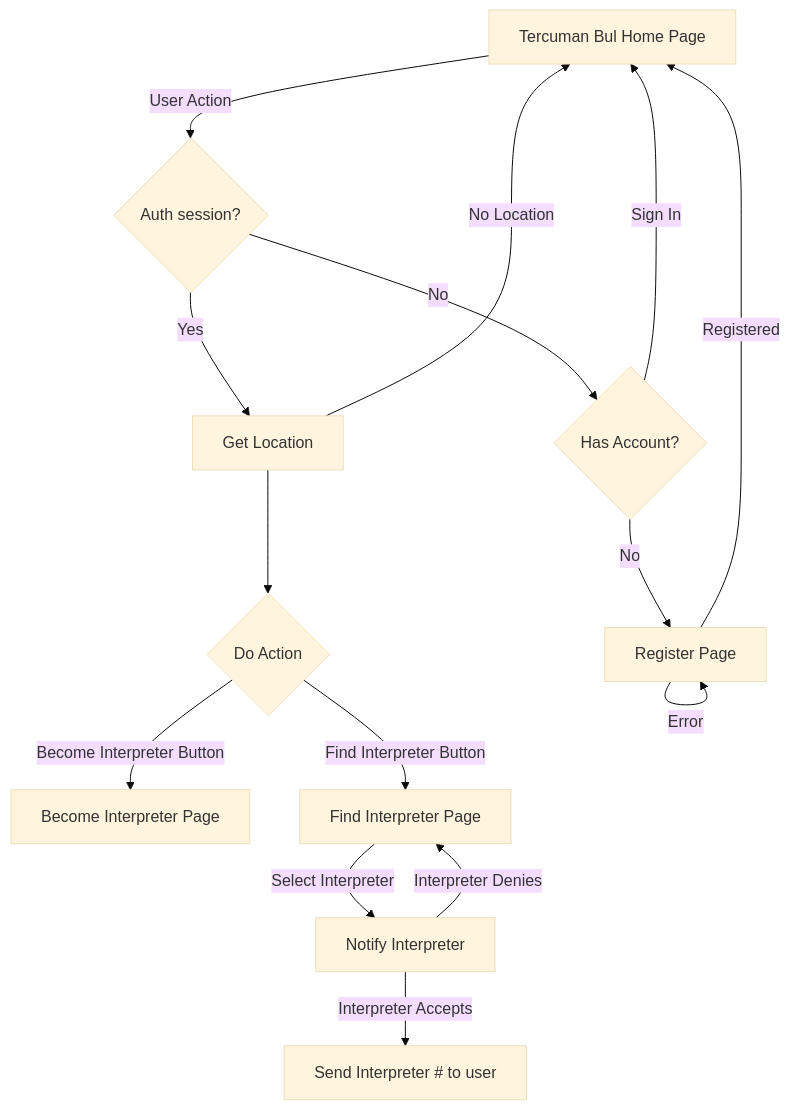
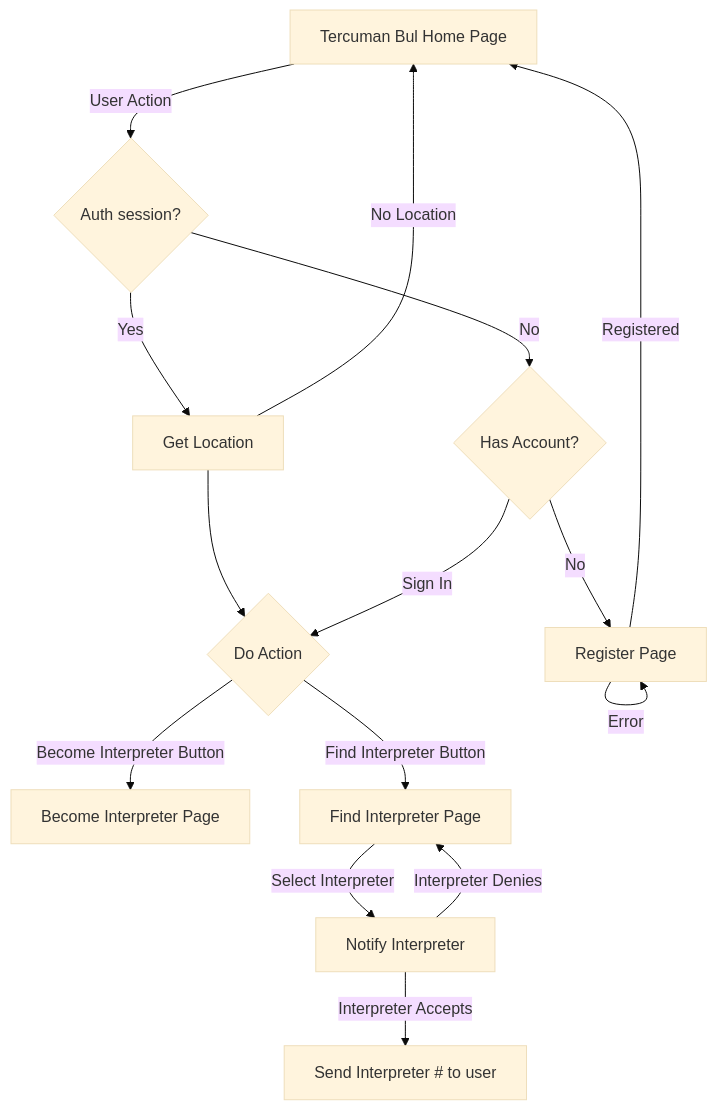
One commit to acikyazilimagi/tercuman-bul-app changed the diagram in README.md. Above: the diagram before and after it, drawn with Mermaid (base theme).

````diff
--- a/README.md
+++ b/README.md
@@ -40,17 +40,17 @@
 ```mermaid
 flowchart TD
     A[Tercuman Bul Home Page] --> |User Action| C{Auth session?}
     C --> |Yes| I[Get Location]
     I --> D{Do Action}
     I --> |No Location|A
     C --> |No| E{Has Account?}
     E --> |No| H[Register Page]
     H --> |Error|H
     H --> |Registered|A
-    E --> |Sign In|A
+    E --> |Sign In|D
     D --> |Become Interpreter Button| F[Become Interpreter Page]
     D --> |Find Interpreter Button| G[Find Interpreter Page]
     G --> |Select Interpreter| J[Notify Interpreter]
     J --> |Interpreter Denies| G
     J --> |Interpreter Accepts| K[Send Interpreter # to user]
 ```
````
